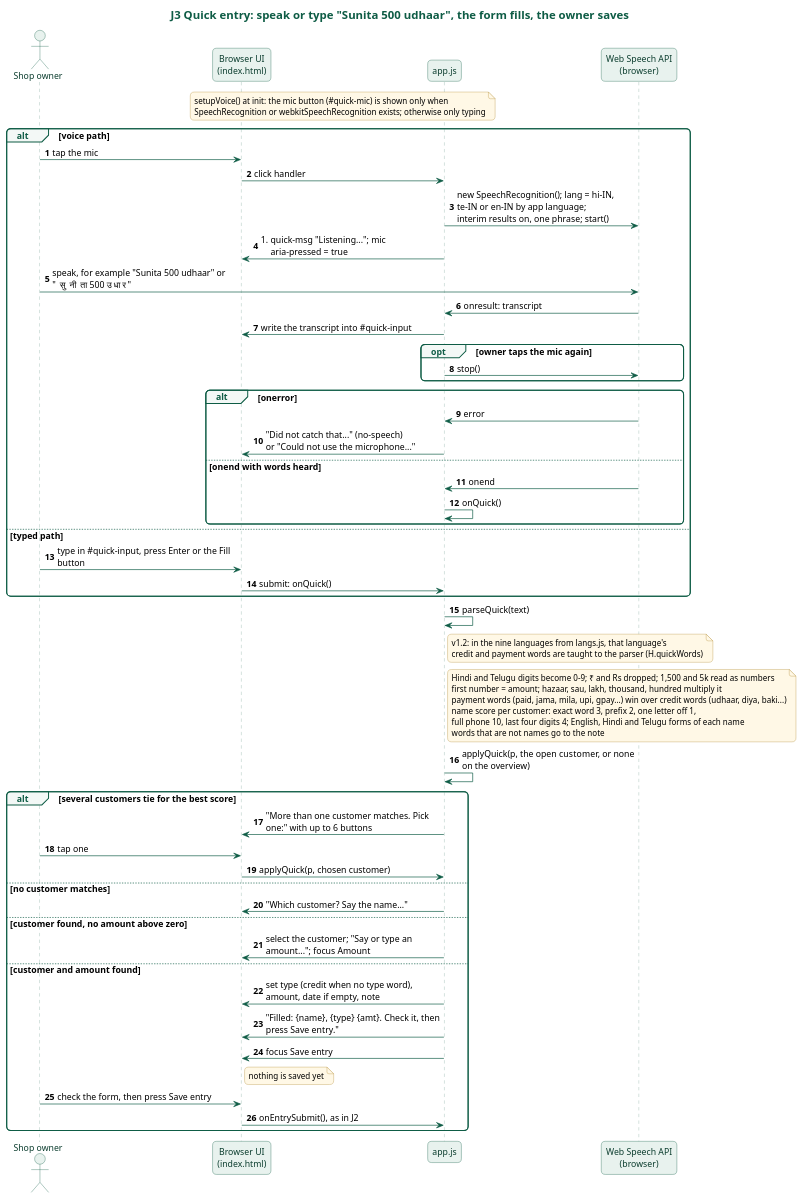
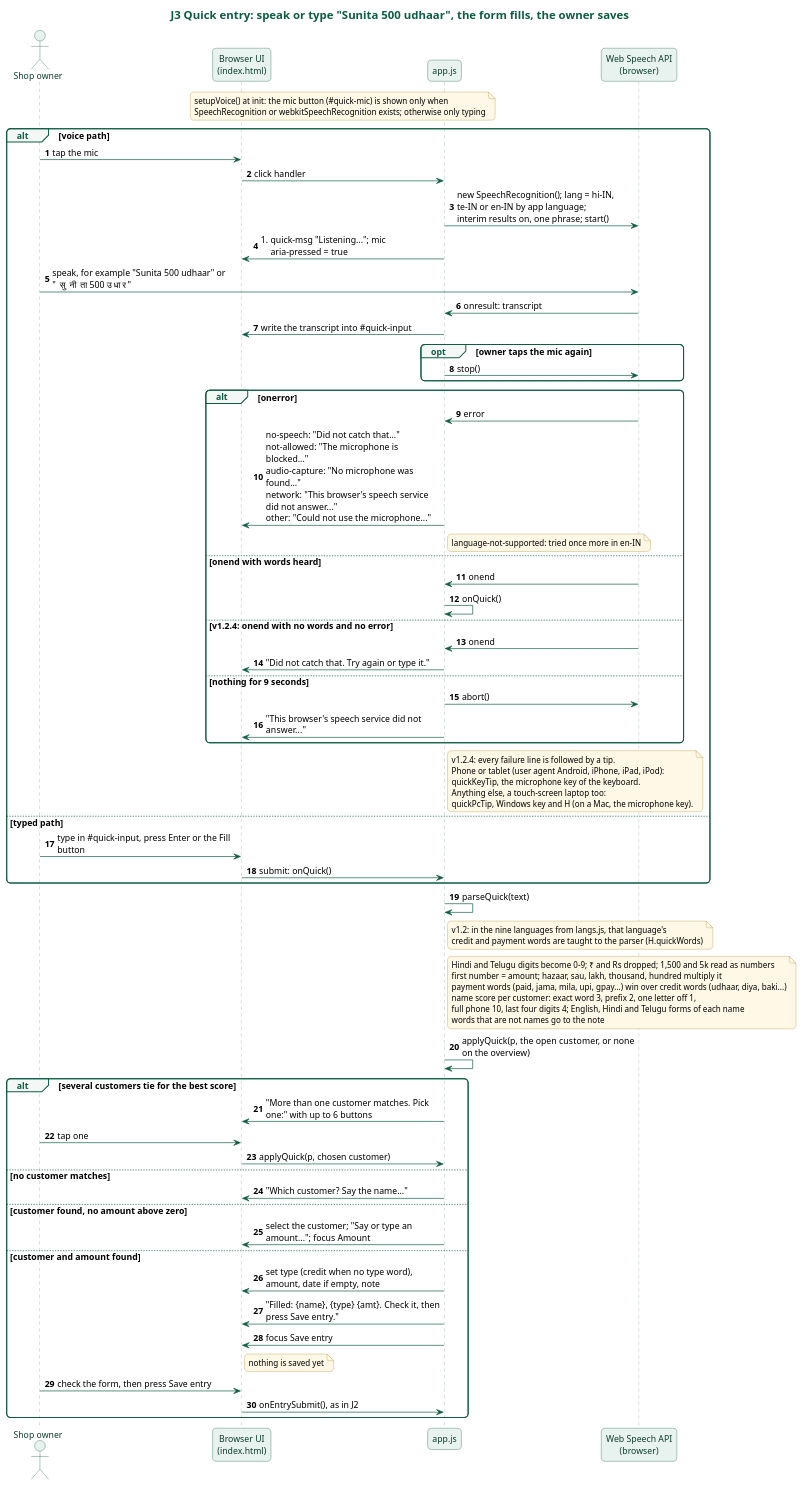
One commit to karwasanjay007/hisaab-docs changed the diagram in docs/diagrams/j3-quick-entry-voice.puml. Above: the diagram before and after it, drawn with PlantUML. The commit also changed 26 other files, not shown here.

```diff
--- a/docs/diagrams/j3-quick-entry-voice.puml
+++ b/docs/diagrams/j3-quick-entry-voice.puml
@@ -1,95 +1,109 @@
 @startuml j3-quick-entry-voice
 title J3 Quick entry: speak or type "Sunita 500 udhaar", the form fills, the owner saves
 skinparam backgroundColor white
 skinparam defaultFontName "Noto Sans"
 skinparam defaultFontSize 13
 skinparam roundCorner 12
 skinparam shadowing false
 skinparam maxMessageSize 260
 skinparam titleFontSize 17
 skinparam titleFontColor #0E5C45
 skinparam sequenceMessageAlign left
 skinparam responseMessageBelowArrow true
 skinparam sequence {
   ArrowColor #0E5C45
   LifeLineBorderColor #7FA89A
   LifeLineBackgroundColor #E8F2EE
   ParticipantBorderColor #0E5C45
   ParticipantBackgroundColor #E8F2EE
   ParticipantFontColor #0B3D2E
   ActorBorderColor #0E5C45
   ActorBackgroundColor #E8F2EE
   ActorFontColor #0B3D2E
   GroupBorderColor #0E5C45
   GroupHeaderFontColor #0E5C45
   GroupBackgroundColor #F3F8F6
   DividerBorderColor #0E5C45
   DividerBackgroundColor #E8F2EE
   DividerFontColor #0B3D2E
   BoxBorderColor #0E5C45
 }
 skinparam database {
   BorderColor #0E5C45
   BackgroundColor #E8F2EE
 }
 skinparam note {
   BorderColor #B08A2E
   BackgroundColor #FFF8E6
   FontSize 12
 }
 actor "Shop owner" as Owner
 participant "Browser UI\n(index.html)" as UI
 participant "app.js" as App
 participant "Web Speech API\n(browser)" as SR
 autonumber
 note over UI, App : setupVoice() at init: the mic button (#quick-mic) is shown only when\nSpeechRecognition or webkitSpeechRecognition exists; otherwise only typing
 alt voice path
   Owner -> UI : tap the mic
   UI -> App : click handler
   App -> SR : new SpeechRecognition(); lang = hi-IN, te-IN or en-IN by app language;\ninterim results on, one phrase; start()
   App -> UI : #quick-msg "Listening..."; mic aria-pressed = true
   Owner -> SR : speak, for example "Sunita 500 udhaar" or "सुनीता 500 उधार"
   SR -> App : onresult: transcript
   App -> UI : write the transcript into #quick-input
   opt owner taps the mic again
     App -> SR : stop()
   end
   alt onerror
     SR -> App : error
-    App -> UI : "Did not catch that..." (no-speech)\nor "Could not use the microphone..."
+    App -> UI : no-speech: "Did not catch that..."\nnot-allowed: "The microphone is blocked..."\naudio-capture: "No microphone was found..."\nnetwork: "This browser's speech service did not answer..."\nother: "Could not use the microphone..."
+    note right of App : language-not-supported: tried once more in en-IN
   else onend with words heard
     SR -> App : onend
     App -> App : onQuick()
+  else v1.2.4: onend with no words and no error
+    SR -> App : onend
+    App -> UI : "Did not catch that. Try again or type it."
+  else nothing for 9 seconds
+    App -> SR : abort()
+    App -> UI : "This browser's speech service did not answer..."
   end
+  note right of App
+    v1.2.4: every failure line is followed by a tip.
+    Phone or tablet (user agent Android, iPhone, iPad, iPod):
+    quickKeyTip, the microphone key of the keyboard.
+    Anything else, a touch-screen laptop too:
+    quickPcTip, Windows key and H (on a Mac, the microphone key).
+  end note
 else typed path
   Owner -> UI : type in #quick-input, press Enter or the Fill button
   UI -> App : submit: onQuick()
 end
 App -> App : parseQuick(text)
 note right of App : v1.2: in the nine languages from langs.js, that language's\ncredit and payment words are taught to the parser (H.quickWords)
 note right of App
   Hindi and Telugu digits become 0-9; ₹ and Rs dropped; 1,500 and 5k read as numbers
   first number = amount; hazaar, sau, lakh, thousand, hundred multiply it
   payment words (paid, jama, mila, upi, gpay...) win over credit words (udhaar, diya, baki...)
   name score per customer: exact word 3, prefix 2, one letter off 1,
   full phone 10, last four digits 4; English, Hindi and Telugu forms of each name
   words that are not names go to the note
 end note
 App -> App : applyQuick(p, the open customer, or none on the overview)
 alt several customers tie for the best score
   App -> UI : "More than one customer matches. Pick one:" with up to 6 buttons
   Owner -> UI : tap one
   UI -> App : applyQuick(p, chosen customer)
 else no customer matches
   App -> UI : "Which customer? Say the name..."
 else customer found, no amount above zero
   App -> UI : select the customer; "Say or type an amount..."; focus Amount
 else customer and amount found
   App -> UI : set type (credit when no type word), amount, date if empty, note
   App -> UI : "Filled: {name}, {type} {amt}. Check it, then press Save entry."
   App -> UI : focus Save entry
   note right of UI : nothing is saved yet
   Owner -> UI : check the form, then press Save entry
   UI -> App : onEntrySubmit(), as in J2
 end
 @enduml
```
